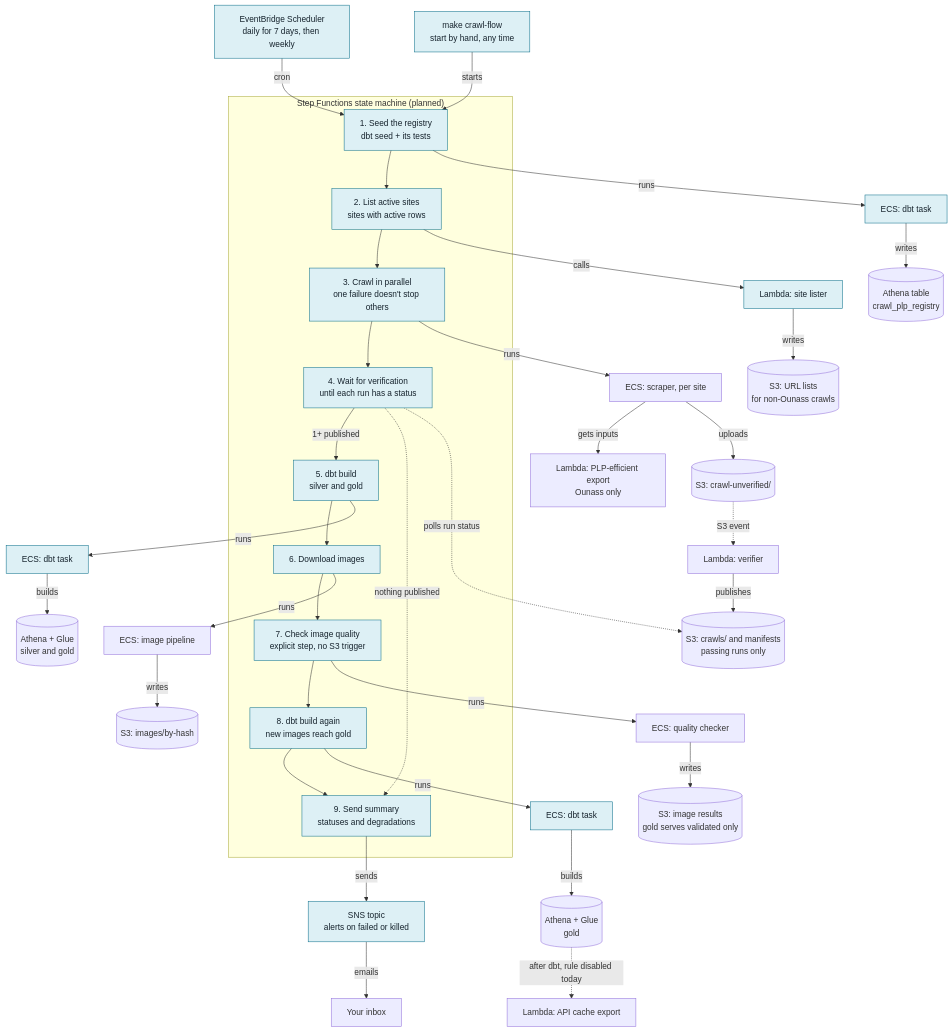
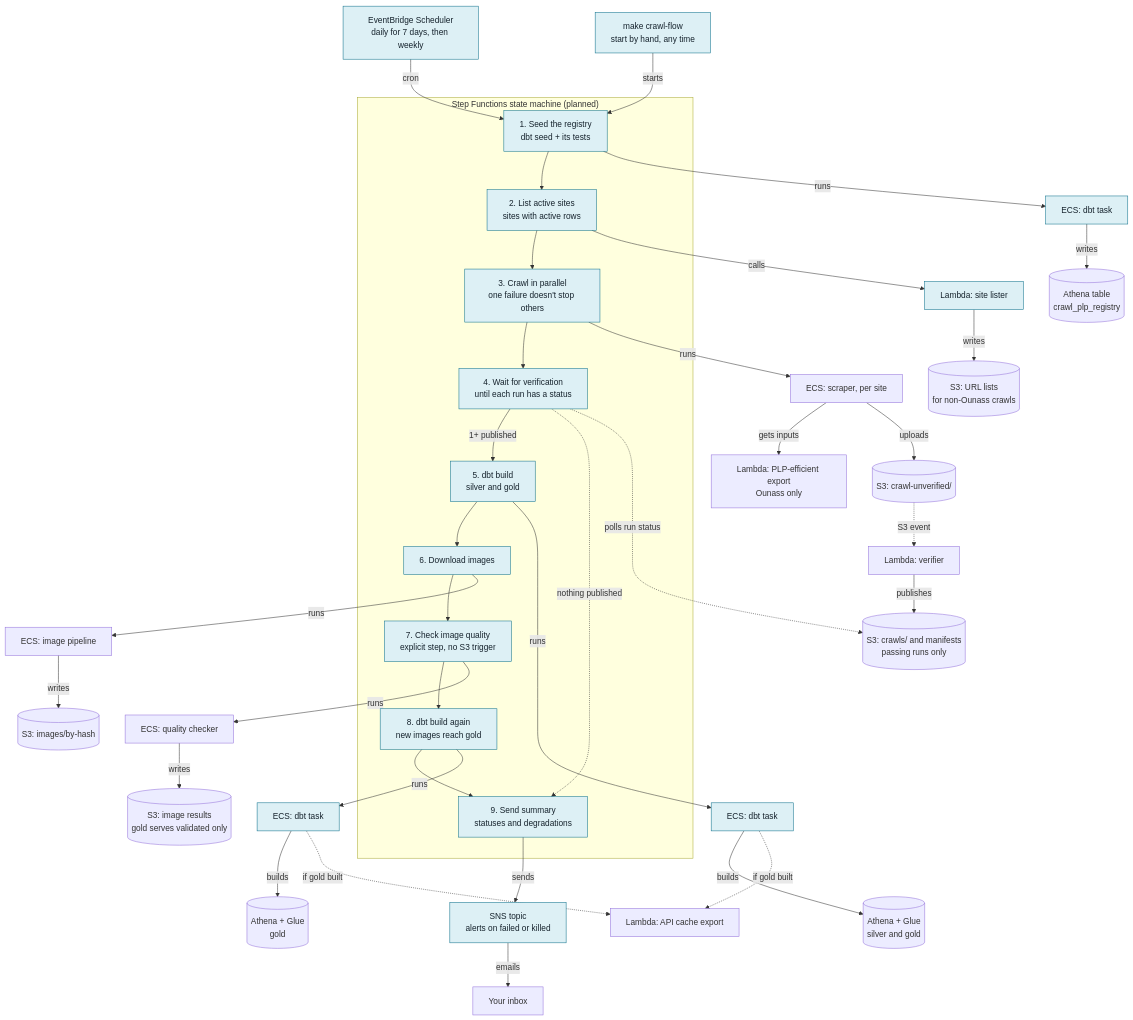
One commit to tareklel/ecommerce-scraper changed the first of 3 diagrams in docs/cicd_architecture.md. Above: the diagram before and after it, drawn with Mermaid. The commit also changed other lines of this file and 2 other files, not shown here.

First line of the commit message:
docs: CI/CD step 2 plan agreed; diagram of the dbt run wrapper

````diff
--- a/docs/cicd_architecture.md
+++ b/docs/cicd_architecture.md
@@ -22,68 +22,69 @@
 ```mermaid
 flowchart TD
   sched["EventBridge Scheduler<br/>daily for 7 days, then weekly"]:::planned
   manual["make crawl-flow<br/>start by hand, any time"]:::planned
   sched -->|cron| s1
   manual -->|starts| s1
 
   subgraph sfn["Step Functions state machine (planned)"]
     s1["1. Seed the registry<br/>dbt seed + its tests"]:::planned
     s2["2. List active sites<br/>sites with active rows"]:::planned
     s3["3. Crawl in parallel<br/>one failure doesn't stop others"]:::planned
     s4["4. Wait for verification<br/>until each run has a status"]:::planned
     s5["5. dbt build<br/>silver and gold"]:::planned
     s6["6. Download images"]:::planned
     s7["7. Check image quality<br/>explicit step, no S3 trigger"]:::planned
     s8["8. dbt build again<br/>new images reach gold"]:::planned
     s9["9. Send summary<br/>statuses and degradations"]:::planned
     s1 --> s2 --> s3 --> s4
     s4 -->|"1+ published"| s5
     s5 --> s6 --> s7 --> s8 --> s9
     s4 -.->|"nothing published"| s9
   end
 
   dbt1["ECS: dbt task"]:::planned
   reg[("Athena table<br/>crawl_plp_registry")]
   s1 -->|runs| dbt1 -->|writes| reg
 
   lister["Lambda: site lister"]:::planned
   urls[("S3: URL lists<br/>for non-Ounass crawls")]
   s2 -->|calls| lister -->|writes| urls
 
   scraper["ECS: scraper, per site"]
   exportfn["Lambda: PLP-efficient export<br/>Ounass only"]
   unverified[("S3: crawl-unverified/")]
   s3 -->|runs| scraper
   scraper -->|"gets inputs"| exportfn
   scraper -->|uploads| unverified
 
   verifier["Lambda: verifier"]
   published[("S3: crawls/ and manifests<br/>passing runs only")]
   unverified -.->|"S3 event"| verifier
   verifier -->|publishes| published
   s4 -.->|"polls run status"| published
 
   dbt2["ECS: dbt task"]:::planned
   silver[("Athena + Glue<br/>silver and gold")]
   s5 -->|runs| dbt2 -->|builds| silver
 
   images["ECS: image pipeline"]
   blobs[("S3: images/by-hash")]
   s6 -->|runs| images -->|writes| blobs
 
   checker["ECS: quality checker"]
   results[("S3: image results<br/>gold serves validated only")]
   s7 -->|runs| checker -->|writes| results
 
   dbt3["ECS: dbt task"]:::planned
   gold[("Athena + Glue<br/>gold")]
   apicache["Lambda: API cache export"]
   s8 -->|runs| dbt3 -->|builds| gold
-  gold -.->|"after dbt, rule disabled today"| apicache
+  dbt3 -.->|"if gold built"| apicache
+  dbt2 -.->|"if gold built"| apicache
 
   sns["SNS topic<br/>alerts on failed or killed"]:::planned
   inbox["Your inbox"]
   s9 -->|sends| sns -->|emails| inbox
 
   classDef planned fill:#ddf0f5,stroke:#0b6f8a,color:#16232d
 ```
````
